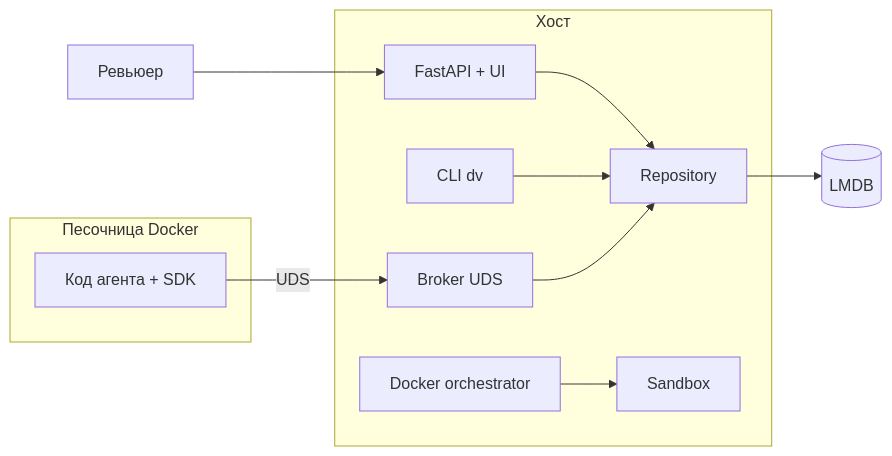
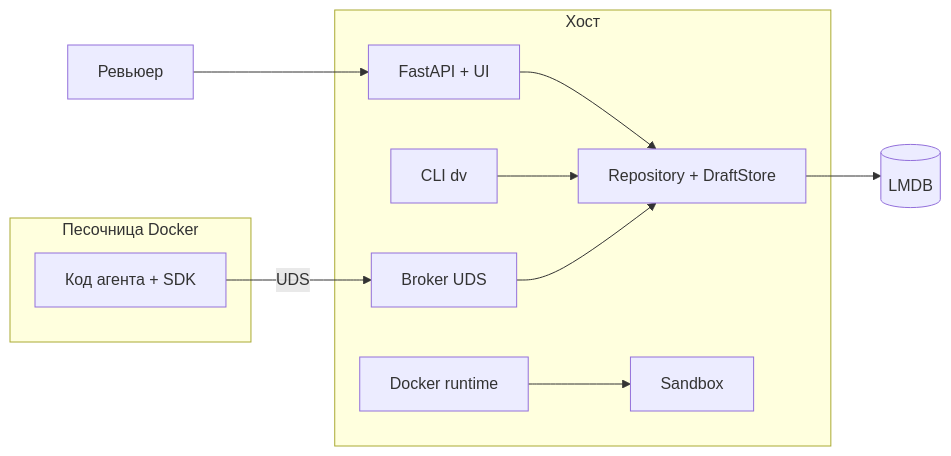
Before and after one commit to MrGrose/docvault: the diagram in docs/architecture.md, drawn with Mermaid. The commit also changed other lines of this file and 16 other files, not shown here.

````diff
--- a/docs/architecture.md
+++ b/docs/architecture.md
@@ -16,20 +16,20 @@
 ```mermaid
 flowchart LR
   subgraph host["Хост"]
     API["FastAPI + UI"]
     CLI["CLI dv"]
-    Repo["Repository"]
+    Repo["Repository + DraftStore"]
     Broker["Broker UDS"]
-    Orch["Docker orchestrator"]
+    Orch["Docker runtime"]
     API --> Repo
     CLI --> Repo
     Broker --> Repo
     Orch --> Sandbox
   end
   subgraph sandbox["Песочница Docker"]
     Agent["Код агента + SDK"]
     Agent -->|"UDS"| Broker
   end
   Human["Ревьюер"] --> API
   Repo --> LMDB[(LMDB)]
 ```
````
